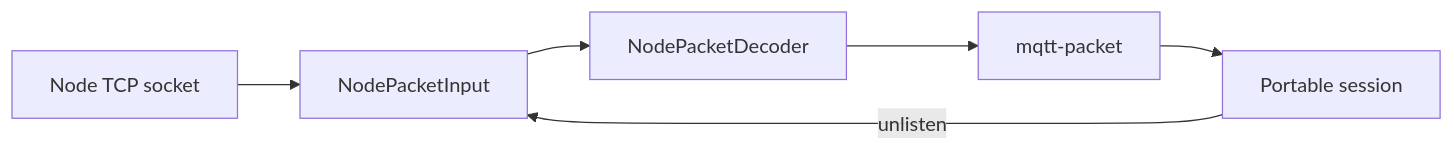
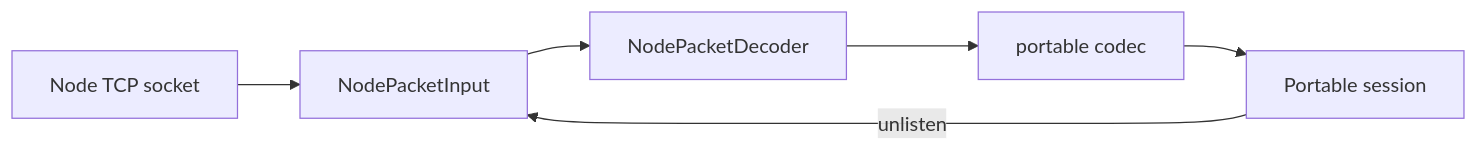
Before and after one commit to dvkam/mqtt: the diagram in docs/tcp-packet-input.md, drawn with Mermaid. The commit also changed other lines of this file and 5 other files, not shown here.

````diff
--- a/docs/tcp-packet-input.md
+++ b/docs/tcp-packet-input.md
@@ -33,8 +33,8 @@
 ```mermaid
 flowchart LR
   Socket[Node TCP socket] --> Input[NodePacketInput]
   Input --> Decoder[NodePacketDecoder]
-  Decoder --> Native[mqtt-packet]
+  Decoder --> Native[portable codec]
   Native --> Core[Portable session]
   Core -->|unlisten| Input
 ```
````
